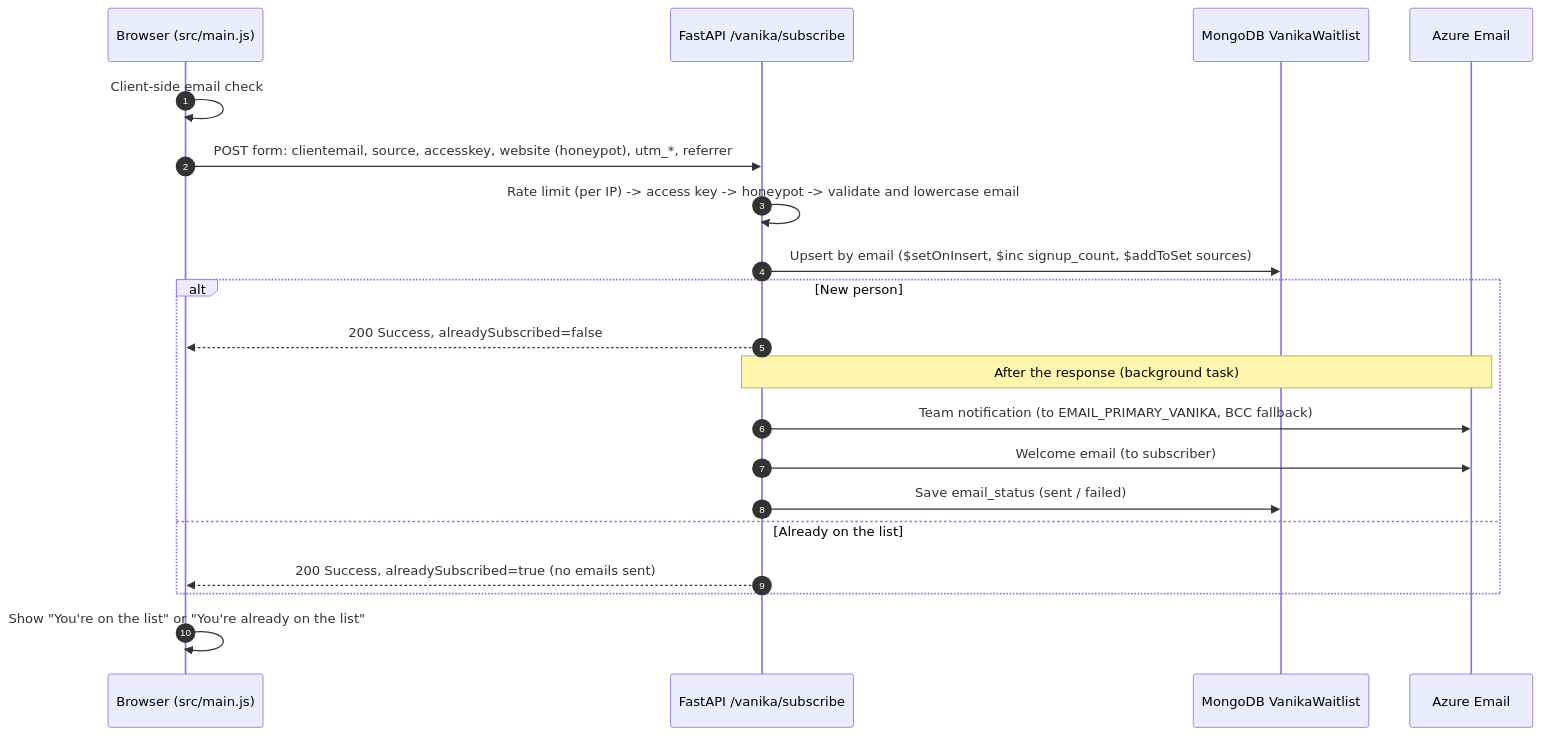
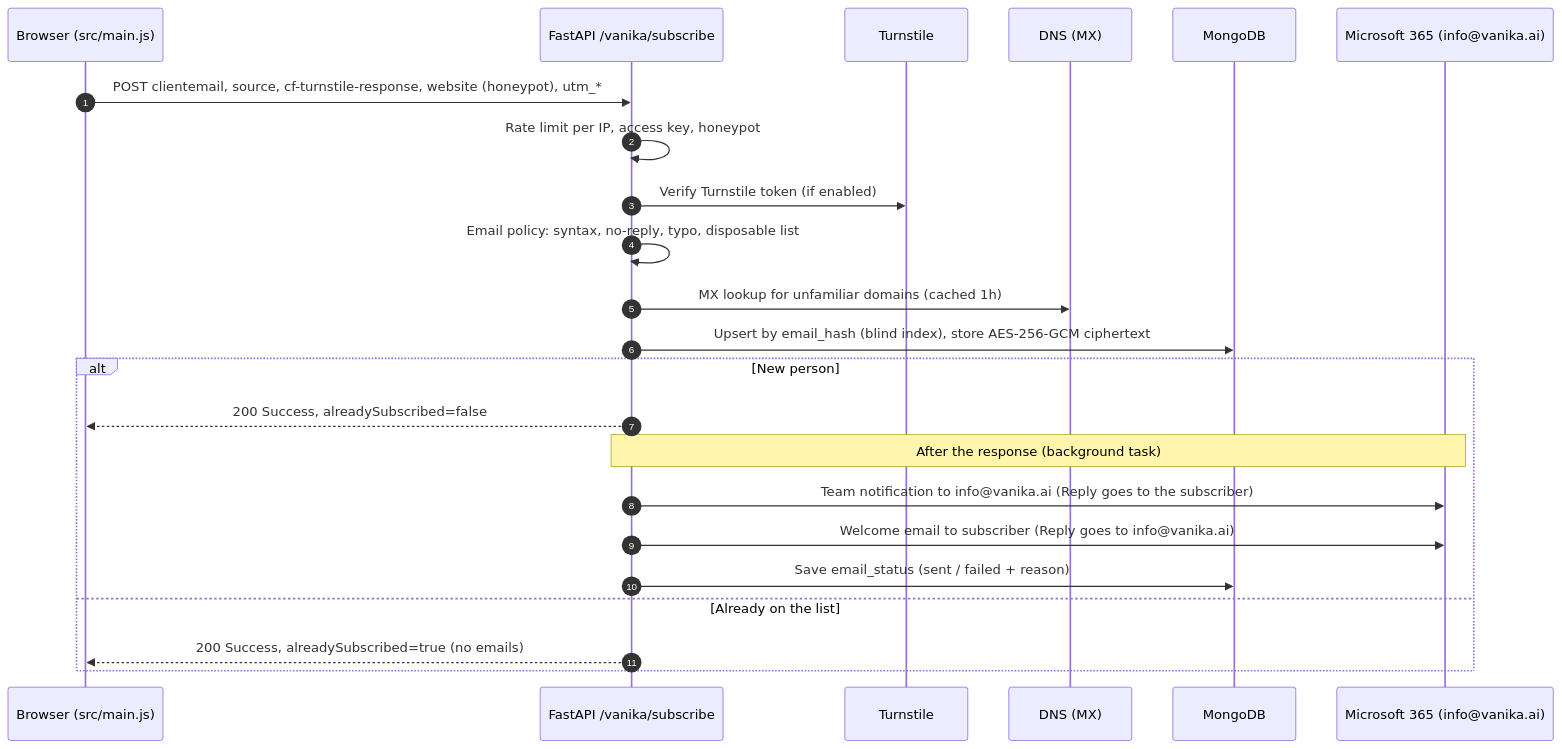
The second of 3 diagrams in docs/ARCHITECTURE.md (adityapuppala1/Vanika_Ai_Website), drawn with Mermaid before and after one commit. The commit also changed other lines of this file and 32 other files, not shown here.

````diff
--- a/docs/ARCHITECTURE.md
+++ b/docs/ARCHITECTURE.md
@@ -59,23 +64,26 @@
 ```mermaid
 sequenceDiagram
     autonumber
     participant B as Browser (src/main.js)
     participant API as FastAPI /vanika/subscribe
-    participant DB as MongoDB VanikaWaitlist
-    participant ACS as Azure Email
+    participant CF as Turnstile
+    participant DNS as DNS (MX)
+    participant DB as MongoDB
+    participant M as Microsoft 365 (info@vanika.ai)
 
-    B->>B: Client-side email check
-    B->>API: POST form: clientemail, source, accesskey, website (honeypot), utm_*, referrer
-    API->>API: Rate limit (per IP) -> access key -> honeypot -> validate and lowercase email
-    API->>DB: Upsert by email ($setOnInsert, $inc signup_count, $addToSet sources)
+    B->>API: POST clientemail, source, cf-turnstile-response, website (honeypot), utm_*
+    API->>API: Rate limit per IP, access key, honeypot
+    API->>CF: Verify Turnstile token (if enabled)
+    API->>API: Email policy: syntax, no-reply, typo, disposable list
+    API->>DNS: MX lookup for unfamiliar domains (cached 1h)
+    API->>DB: Upsert by email_hash (blind index), store AES-256-GCM ciphertext
     alt New person
         API-->>B: 200 Success, alreadySubscribed=false
-        Note over API,ACS: After the response (background task)
-        API->>ACS: Team notification (to EMAIL_PRIMARY_VANIKA, BCC fallback)
-        API->>ACS: Welcome email (to subscriber)
-        API->>DB: Save email_status (sent / failed)
+        Note over API,M: After the response (background task)
+        API->>M: Team notification to info@vanika.ai (Reply goes to the subscriber)
+        API->>M: Welcome email to subscriber (Reply goes to info@vanika.ai)
+        API->>DB: Save email_status (sent / failed + reason)
     else Already on the list
-        API-->>B: 200 Success, alreadySubscribed=true (no emails sent)
+        API-->>B: 200 Success, alreadySubscribed=true (no emails)
     end
-    B->>B: Show "You're on the list" or "You're already on the list"
 ```
````
